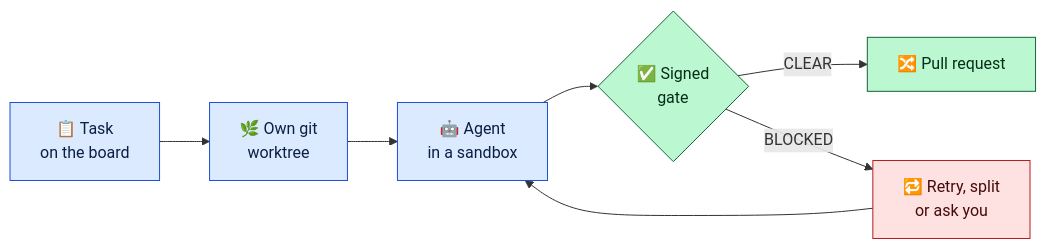
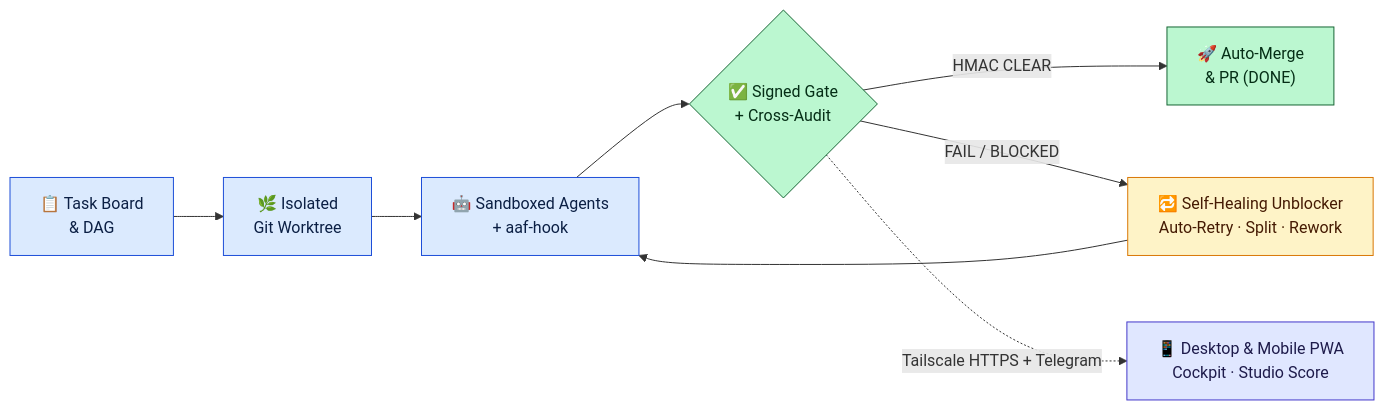
The diagram in README.md (ToanMobile/AutoAgentFactory), drawn with Mermaid before and after one commit. The commit also changed other lines of this file and 147 other files, not shown here.

First line of the commit message:
feat(aaf): Tailscale Mobile PWA, 0-cycle engine, Cockpit Diff/DAG & Factory Score

````diff
--- a/README.md
+++ b/README.md
@@ -24,16 +37,19 @@
 ```mermaid
 flowchart LR
-    A["📋 Task<br/>on the board"] --> B["🌿 Own git<br/>worktree"]
-    B --> C["🤖 Agent<br/>in a sandbox"]
-    C --> D{"✅ Signed<br/>gate"}
-    D -->|CLEAR| E["🔀 Pull request"]
-    D -->|BLOCKED| F["🔁 Retry, split<br/>or ask you"]
+    A["📋 Task Board<br/>& DAG"] --> B["🌿 Isolated<br/>Git Worktree"]
+    B --> C["🤖 Sandboxed Agents<br/>+ aaf-hook"]
+    C --> D{"✅ Signed Gate<br/>+ Cross-Audit"}
+    D -->|HMAC CLEAR| E["🚀 Auto-Merge<br/>& PR (DONE)"]
+    D -->|FAIL / BLOCKED| F["🔁 Self-Healing Unblocker<br/>Auto-Retry · Split · Rework"]
     F --> C
+    D -. "Tailscale HTTPS + Telegram" .-> G["📱 Desktop & Mobile PWA<br/>Cockpit · Studio Score"]
 
     classDef step fill:#dbeafe,stroke:#1d4ed8,color:#0b1f44
     classDef ok fill:#bbf7d0,stroke:#166534,color:#052e16
-    classDef bad fill:#fee2e2,stroke:#b91c1c,color:#450a0a
+    classDef heal fill:#fef3c7,stroke:#d97706,color:#451a03
+    classDef ui fill:#e0e7ff,stroke:#4338ca,color:#1e1b4b
     class A,B,C step
     class D,E ok
-    class F bad
+    class F heal
+    class G ui
 ```
````
